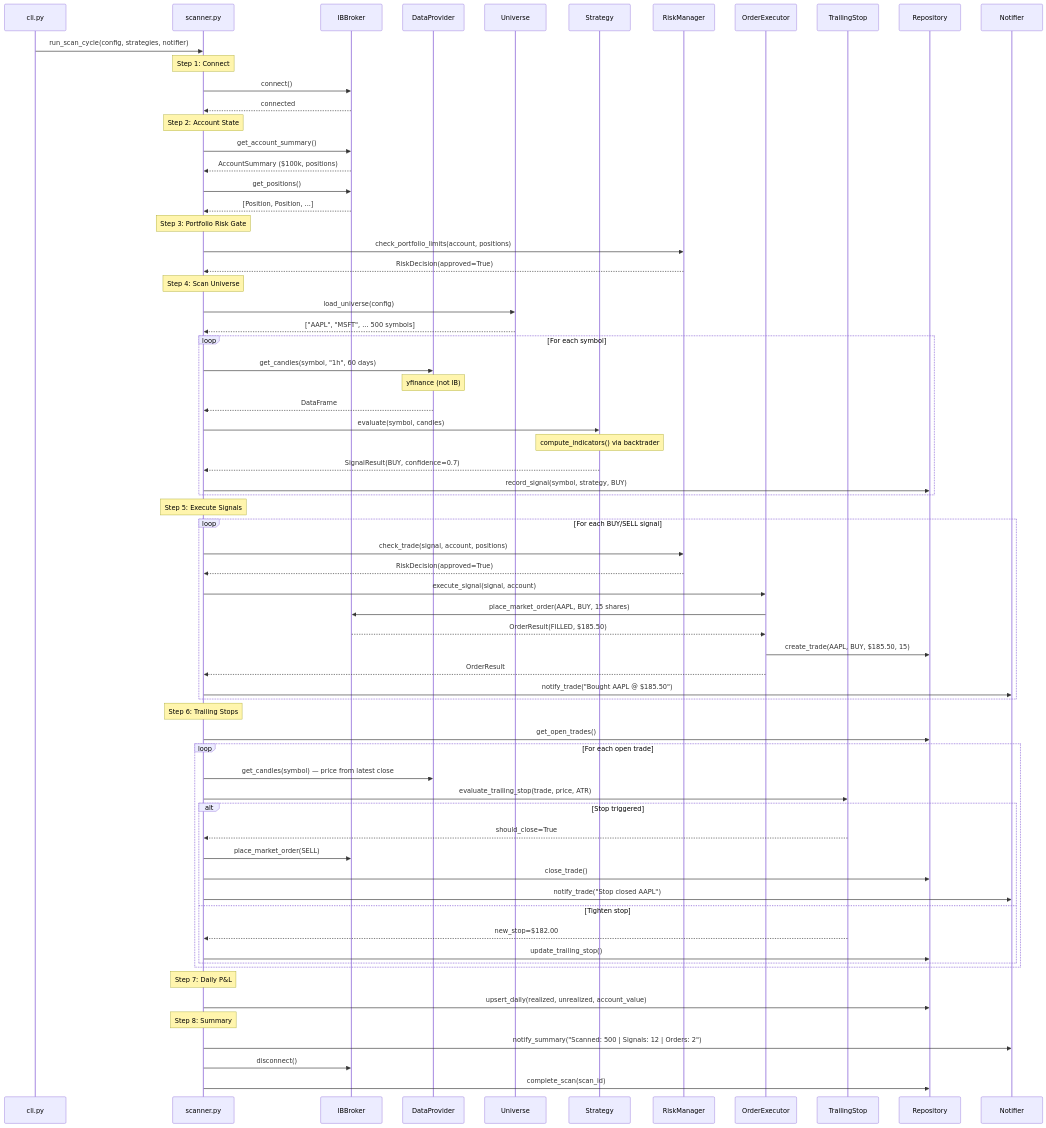
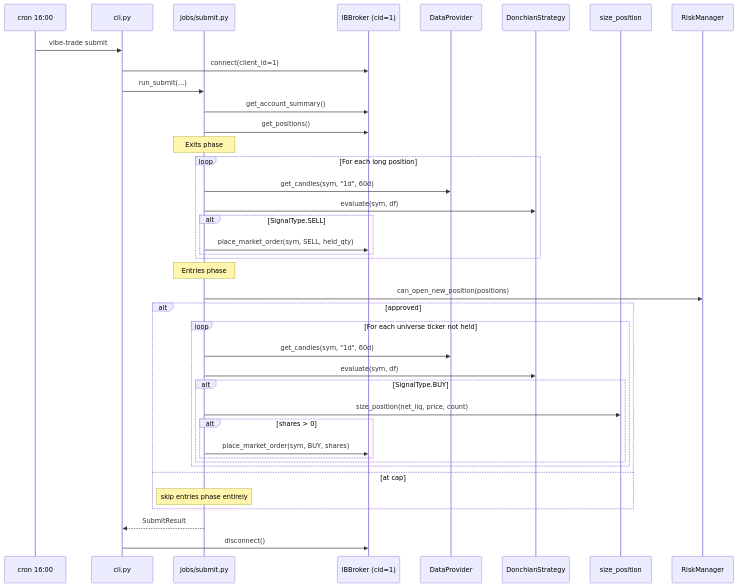
Before and after one commit to blackjek23/vibe_trade: the second of 4 diagrams in PROJECT_MAP.md, drawn with Mermaid. The commit also changed other lines of this file and 3 other files, not shown here.

````diff
--- a/PROJECT_MAP.md
+++ b/PROJECT_MAP.md
@@ -117,84 +101,47 @@
 ```mermaid
 sequenceDiagram
+    participant CRON as cron 16:00
     participant CLI as cli.py
-    participant SC as scanner.py
-    participant BR as IBBroker
-    participant DP as DataProvider
-    participant UN as Universe
-    participant ST as Strategy
+    participant SUB as jobs/submit.py
+    participant IB as IBBroker (cid=1)
+    participant YF as DataProvider
+    participant ST as DonchianStrategy
+    participant SZ as size_position
     participant RM as RiskManager
-    participant EX as OrderExecutor
-    participant TS as TrailingStop
-    participant DB as Repository
-    participant NF as Notifier
 
-    CLI->>SC: run_scan_cycle(config, strategies, notifier)
+    CRON->>CLI: vibe-trade submit
+    CLI->>IB: connect(client_id=1)
+    CLI->>SUB: run_submit(...)
 
-    Note over SC: Step 1: Connect
-    SC->>BR: connect()
-    BR-->>SC: connected
+    SUB->>IB: get_account_summary()
+    SUB->>IB: get_positions()
 
-    Note over SC: Step 2: Account State
-    SC->>BR: get_account_summary()
-    BR-->>SC: AccountSummary ($100k, positions)
-    SC->>BR: get_positions()
-    BR-->>SC: [Position, Position, ...]
-
-    Note over SC: Step 3: Portfolio Risk Gate
-    SC->>RM: check_portfolio_limits(account, positions)
-    RM-->>SC: RiskDecision(approved=True)
-
-    Note over SC: Step 4: Scan Universe
-    SC->>UN: load_universe(config)
-    UN-->>SC: ["AAPL", "MSFT", ... 500 symbols]
-
-    loop For each symbol
-        SC->>DP: get_candles(symbol, "1h", 60 days)
-        Note over DP: yfinance (not IB)
-        DP-->>SC: DataFrame
-
-        SC->>ST: evaluate(symbol, candles)
-        Note over ST: compute_indicators() via backtrader
-        ST-->>SC: SignalResult(BUY, confidence=0.7)
-
-        SC->>DB: record_signal(symbol, strategy, BUY)
-    end
-
-    Note over SC: Step 5: Execute Signals
-    loop For each BUY/SELL signal
-        SC->>RM: check_trade(signal, account, positions)
-        RM-->>SC: RiskDecision(approved=True)
-
-        SC->>EX: execute_signal(signal, account)
-        EX->>BR: place_market_order(AAPL, BUY, 15 shares)
-        BR-->>EX: OrderResult(FILLED, $185.50)
-        EX->>DB: create_trade(AAPL, BUY, $185.50, 15)
-        EX-->>SC: OrderResult
-
-        SC->>NF: notify_trade("Bought AAPL @ $185.50")
-    end
-
-    Note over SC: Step 6: Trailing Stops
-    SC->>DB: get_open_trades()
-    loop For each open trade
-        SC->>DP: get_candles(symbol) — price from latest close
-        SC->>TS: evaluate_trailing_stop(trade, price, ATR)
-        alt Stop triggered
-            TS-->>SC: should_close=True
-            SC->>BR: place_market_order(SELL)
-            SC->>DB: close_trade()
-            SC->>NF: notify_trade("Stop closed AAPL")
-        else Tighten stop
-            TS-->>SC: new_stop=$182.00
-            SC->>DB: update_trailing_stop()
+    Note over SUB: Exits phase
+    loop For each long position
+        SUB->>YF: get_candles(sym, "1d", 60d)
+        SUB->>ST: evaluate(sym, df)
+        alt SignalType.SELL
+            SUB->>IB: place_market_order(sym, SELL, held_qty)
         end
     end
 
-    Note over SC: Step 7: Daily P&L
-    SC->>DB: upsert_daily(realized, unrealized, account_value)
+    Note over SUB: Entries phase
+    SUB->>RM: can_open_new_position(positions)
+    alt approved
+        loop For each universe ticker not held
+            SUB->>YF: get_candles(sym, "1d", 60d)
+            SUB->>ST: evaluate(sym, df)
+            alt SignalType.BUY
+                SUB->>SZ: size_position(net_liq, price, count)
+                alt shares > 0
+                    SUB->>IB: place_market_order(sym, BUY, shares)
+                end
+            end
+        end
+    else at cap
+        Note over SUB: skip entries phase entirely
+    end
 
-    Note over SC: Step 8: Summary
-    SC->>NF: notify_summary("Scanned: 500 | Signals: 12 | Orders: 2")
-    SC->>BR: disconnect()
-    SC->>DB: complete_scan(scan_id)
+    SUB-->>CLI: SubmitResult
+    CLI->>IB: disconnect()
 ```
````
